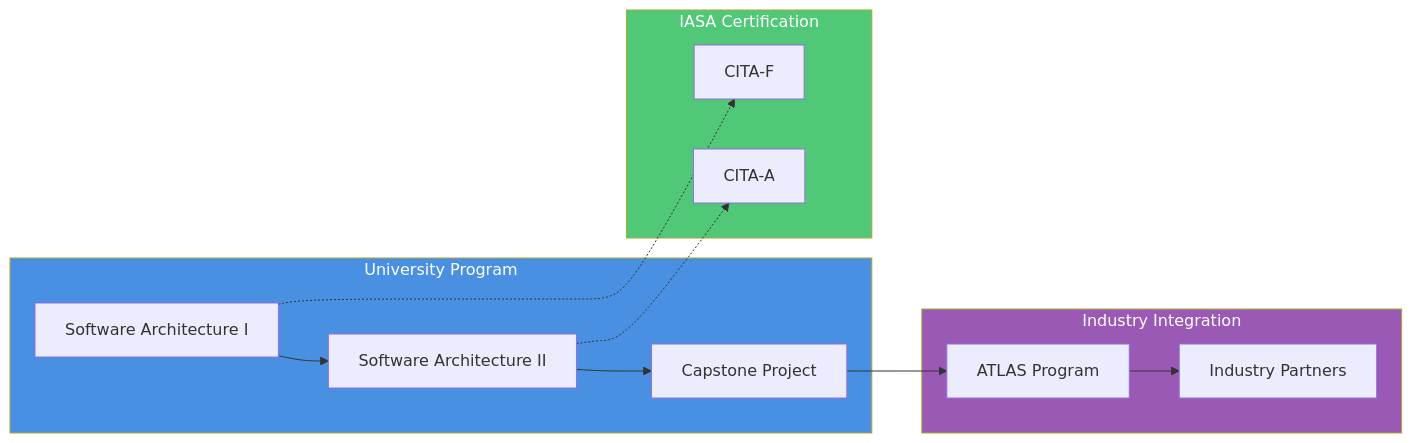
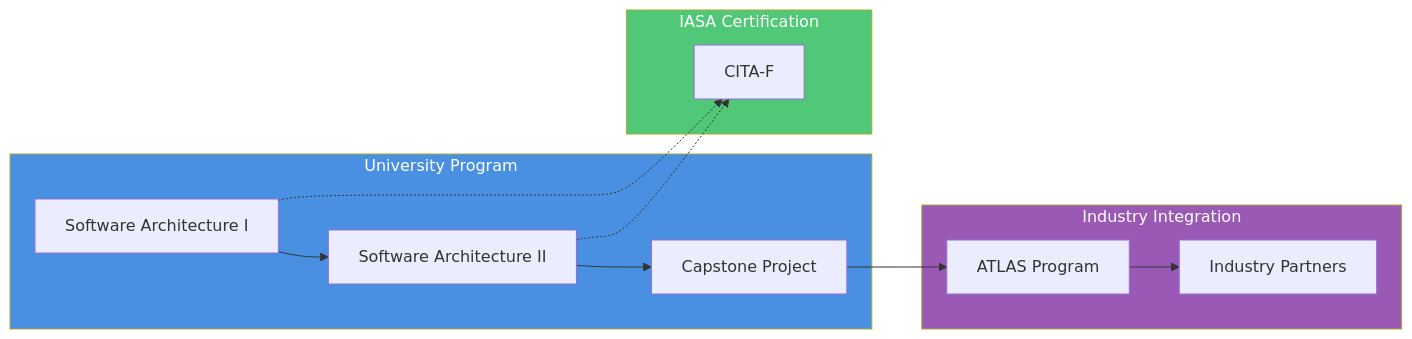
Before and after one commit to AliceNN-ucdenver/Iasa: the second of 3 diagrams in Iasa-academic-exec.md, drawn with Mermaid. The commit also changed other lines of this file, not shown here.

````diff
--- a/Iasa-academic-exec.md
+++ b/Iasa-academic-exec.md
@@ -60,29 +60,28 @@
 ```mermaid
 graph LR
     subgraph University["University Program"]
         SA1[Software Architecture I]
         SA2[Software Architecture II]
         CP[Capstone Project]
     end
-
+    
     subgraph Certification["IASA Certification"]
         CITAF[CITA-F]
-        CITAA[CITA-A]
     end
-
+    
     subgraph Industry["Industry Integration"]
         ATLAS[ATLAS Program]
         IP[Industry Partners]
     end
-
+    
     SA1 --> SA2
     SA2 --> CP
     SA1 -.-> CITAF
-    SA2 -.-> CITAA
+    SA2 -.-> CITAF
     CP --> ATLAS
     ATLAS --> IP
-
+    
     style University fill:#4a90e2,color:white
     style Certification fill:#50c878,color:white
     style Industry fill:#9b59b6,color:white
 ```
````
